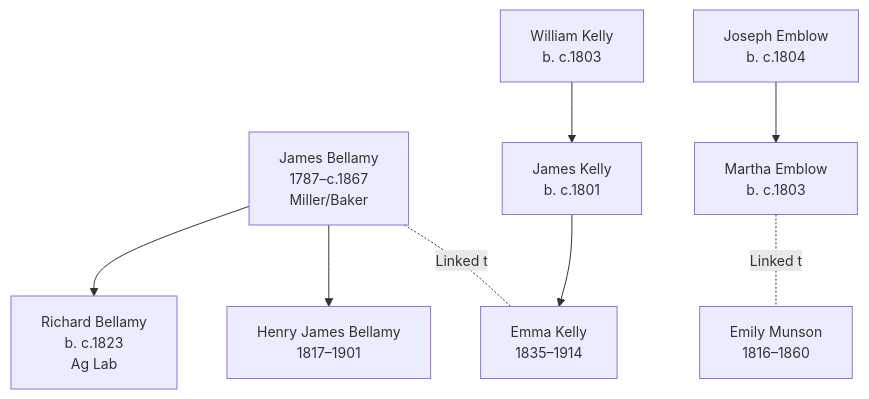
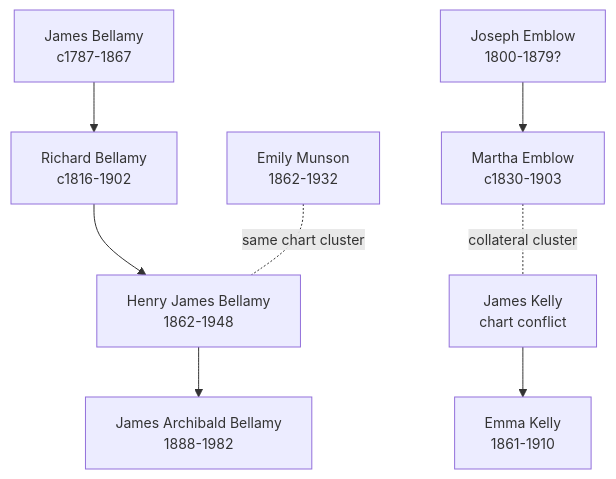
Before and after one commit to zcopley/thorpe-family-research: the diagram in Topics/Bellamy Branch Summary.md, drawn with Mermaid. The commit also changed other lines of this file and 45 other files, not shown here.

Commit message:
Process remaining pedigree timelines

````diff
--- a/Topics/Bellamy Branch Summary.md
+++ b/Topics/Bellamy Branch Summary.md
@@ -34,21 +31,21 @@
 ```mermaid
 %%{init: {'flowchart': {'htmlLabels': true}, 'theme': 'default', 'themeVariables': {'primaryTextColor': '#000000', 'primaryBorderColor': '#333333', 'lineColor': '#333333', 'fontSize': '14px'}}}%%
 graph TD
-    JB["James Bellamy<br/>1787–c.1867<br/>Miller/Baker"]
-    RB["Richard Bellamy<br/>b. c.1823<br/>Ag Lab"]
-    HJB["Henry James Bellamy<br/>1817–1901"]
-    WK["William Kelly<br/>b. c.1803"]
-    JK["James Kelly<br/>b. c.1801"]
-    EK["Emma Kelly<br/>1835–1914"]
-    JE["Joseph Emblow<br/>b. c.1804"]
-    ME["Martha Emblow<br/>b. c.1803"]
-    EM["Emily Munson<br/>1816–1860"]
-    
+    JB["James Bellamy<br/>c1787-1867"]
+    RB["Richard Bellamy<br/>c1816-1902"]
+    HJB["Henry James Bellamy<br/>1862-1948"]
+    JAB["James Archibald Bellamy<br/>1888-1982"]
+    JK["James Kelly<br/>chart conflict"]
+    EK["Emma Kelly<br/>1861-1910"]
+    JE["Joseph Emblow<br/>1800-1879?"]
+    ME["Martha Emblow<br/>c1830-1903"]
+    EM["Emily Munson<br/>1862-1932"]
+
     JB --> RB
-    JB --> HJB
-    WK --> JK
+    RB --> HJB
+    HJB --> JAB
     JK --> EK
     JE --> ME
-    JB -.Linked to.- EK
-    ME -.Linked to.- EM
+    ME -. collateral cluster .- JK
+    EM -. same chart cluster .- HJB
 ```
````
